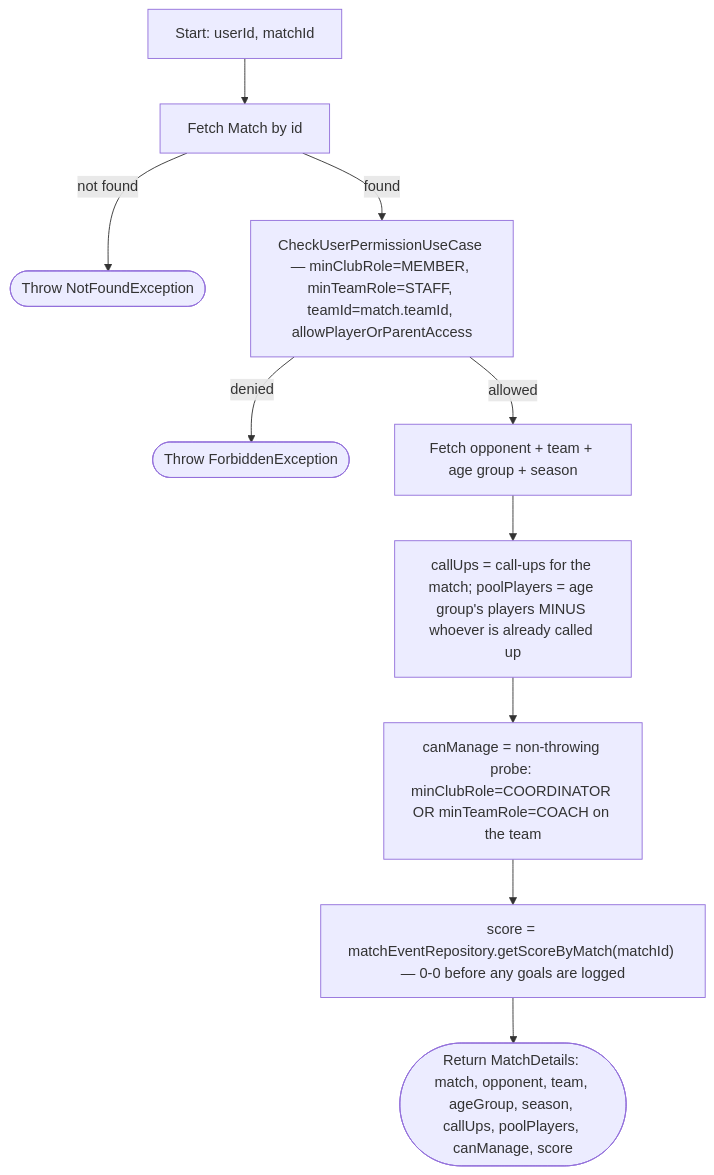
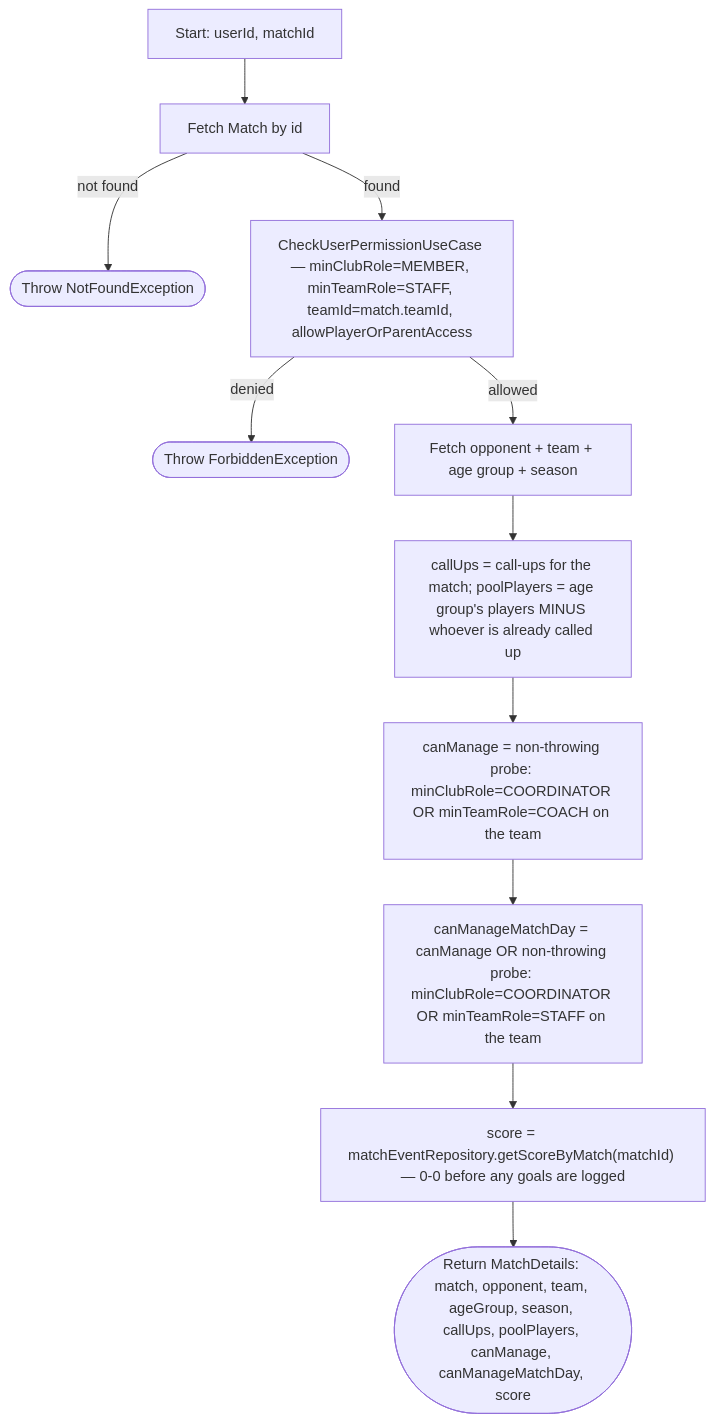
Before and after one commit to ricardofrango/squadify: diagram 32 of 44 in PROCESS_FLOWS.md, drawn with Mermaid. The commit also changed other lines of this file and 14 other files, not shown here.

````diff
--- a/PROCESS_FLOWS.md
+++ b/PROCESS_FLOWS.md
@@ -683,12 +683,13 @@
 ```mermaid
 graph TD
     A[Start: userId, matchId] --> B[Fetch Match by id]
     B -- not found --> N(["Throw NotFoundException"])
     B -- found --> C[CheckUserPermissionUseCase — minClubRole=MEMBER, minTeamRole=STAFF, teamId=match.teamId, allowPlayerOrParentAccess]
     C -- denied --> F(["Throw ForbiddenException"])
     C -- allowed --> D[Fetch opponent + team + age group + season]
     D --> E["callUps = call-ups for the match; poolPlayers = age group's players MINUS whoever is already called up"]
     E --> G["canManage = non-throwing probe: minClubRole=COORDINATOR OR minTeamRole=COACH on the team"]
-    G --> H["score = matchEventRepository.getScoreByMatch(matchId) — 0-0 before any goals are logged"]
-    H --> Z(["Return MatchDetails: match, opponent, team, ageGroup, season, callUps, poolPlayers, canManage, score"])
+    G --> G2["canManageMatchDay = canManage OR non-throwing probe: minClubRole=COORDINATOR OR minTeamRole=STAFF on the team"]
+    G2 --> H["score = matchEventRepository.getScoreByMatch(matchId) — 0-0 before any goals are logged"]
+    H --> Z(["Return MatchDetails: match, opponent, team, ageGroup, season, callUps, poolPlayers, canManage, canManageMatchDay, score"])
 ```
````
